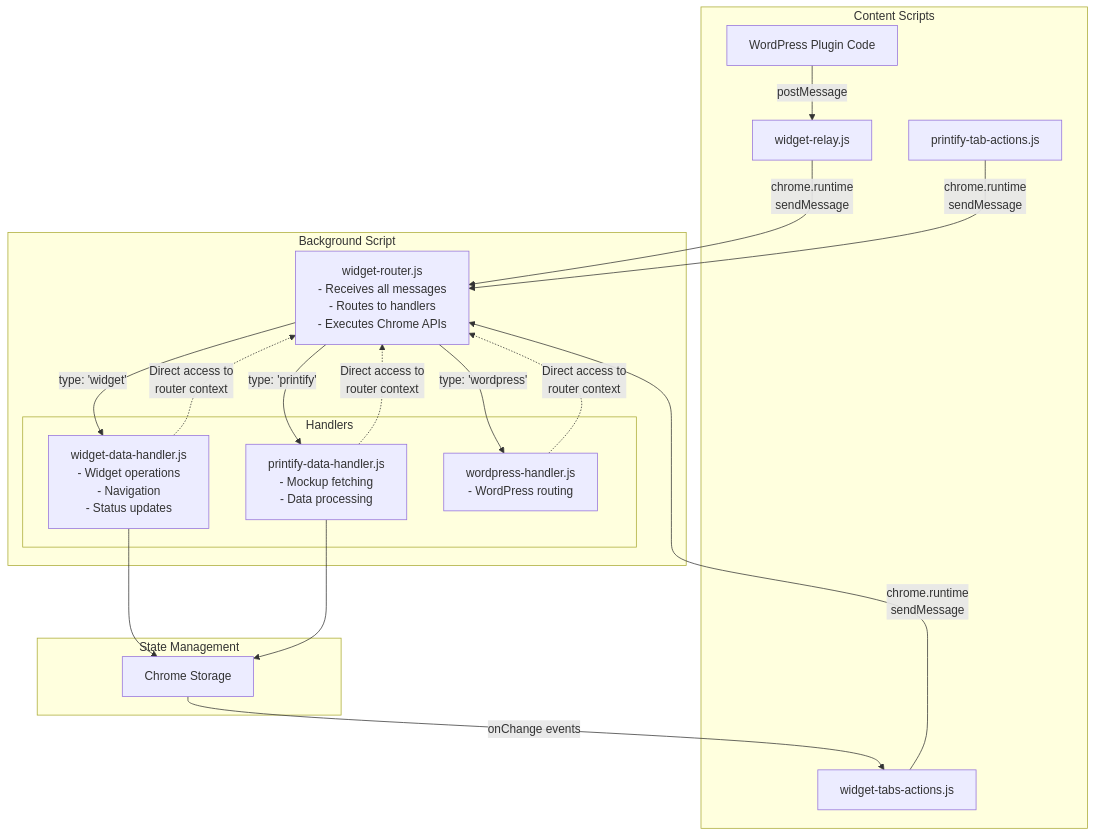
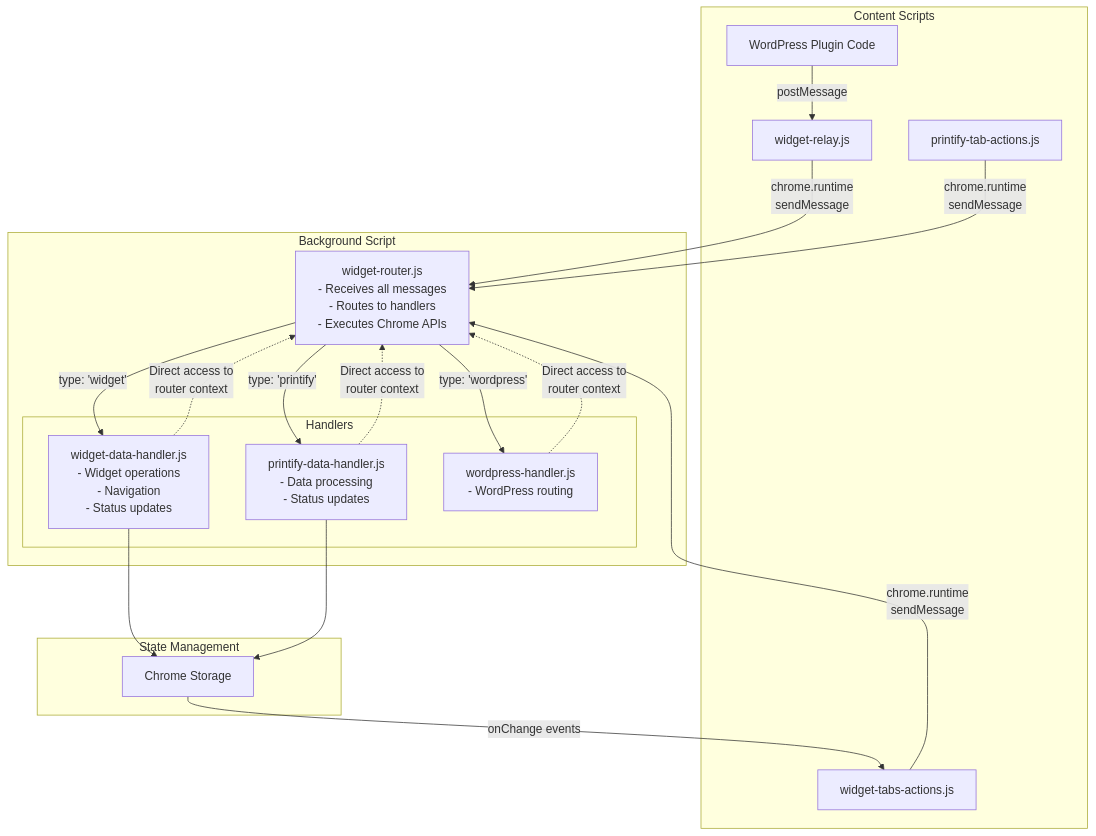
Before and after one commit to tdemelle-SiP/.claude: the diagram in guidelines/sip-printify-manager-extension-widget.md, drawn with Mermaid. The commit also changed other lines of this file and 3 other files, not shown here.

````diff
--- a/guidelines/sip-printify-manager-extension-widget.md
+++ b/guidelines/sip-printify-manager-extension-widget.md
@@ -54,40 +54,40 @@
 ```mermaid
 graph TB
     subgraph "Content Scripts"
         WP[WordPress Plugin Code]
         WR[widget-relay.js]
         PTA[printify-tab-actions.js]
         WTA[widget-tabs-actions.js]
     end
     
     subgraph "Background Script"
         Router[widget-router.js<br/>- Receives all messages<br/>- Routes to handlers<br/>- Executes Chrome APIs]
         
         subgraph "Handlers"
             WH[widget-data-handler.js<br/>- Widget operations<br/>- Navigation<br/>- Status updates]
-            PH[printify-data-handler.js<br/>- Mockup fetching<br/>- Data processing]
+            PH[printify-data-handler.js<br/>- Data processing<br/>- Status updates]
             WPH[wordpress-handler.js<br/>- WordPress routing]
         end
     end
     
     WP -->|postMessage| WR
     WR -->|chrome.runtime<br/>sendMessage| Router
     PTA -->|chrome.runtime<br/>sendMessage| Router
     WTA -->|chrome.runtime<br/>sendMessage| Router
     
     Router -->|type: 'widget'| WH
     Router -->|type: 'printify'| PH
     Router -->|type: 'wordpress'| WPH
     
     WH -.->|Direct access to<br/>router context| Router
     PH -.->|Direct access to<br/>router context| Router
     WPH -.->|Direct access to<br/>router context| Router
     
     subgraph "State Management"
         Storage[Chrome Storage]
     end
     
     WH --> Storage
     PH --> Storage
     Storage -->|onChange events| WTA
 ```
````
